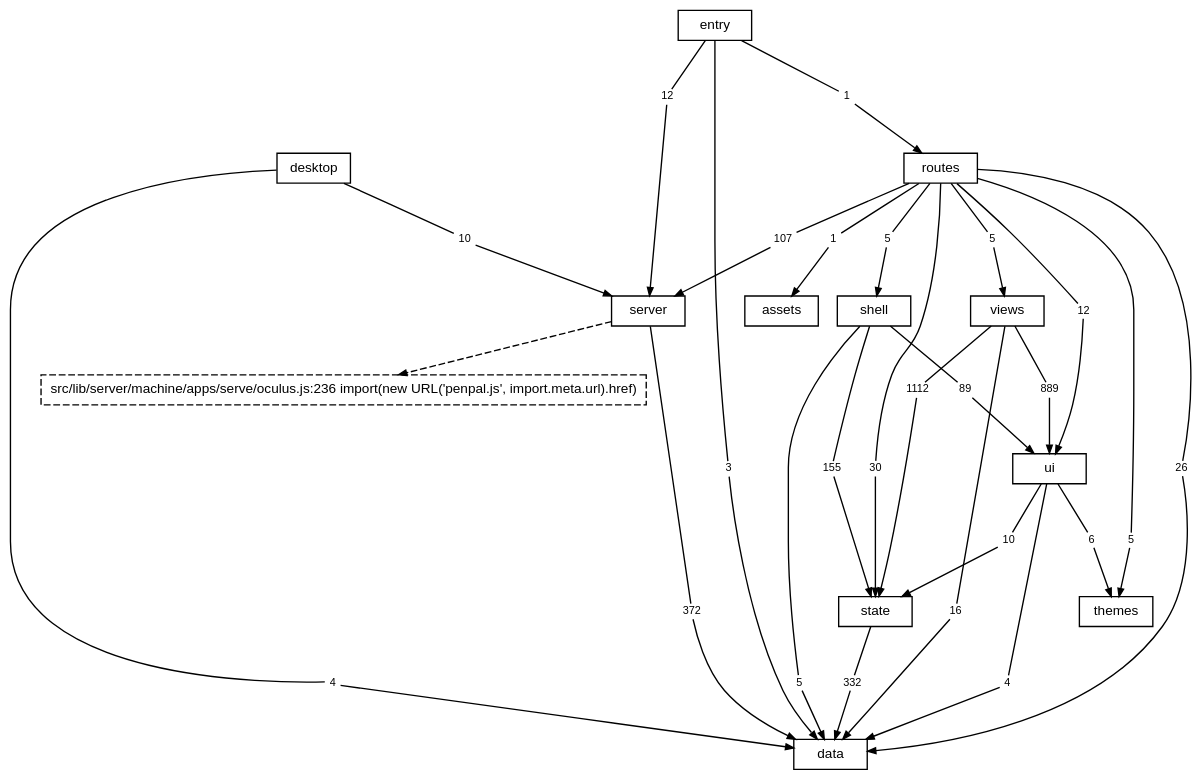
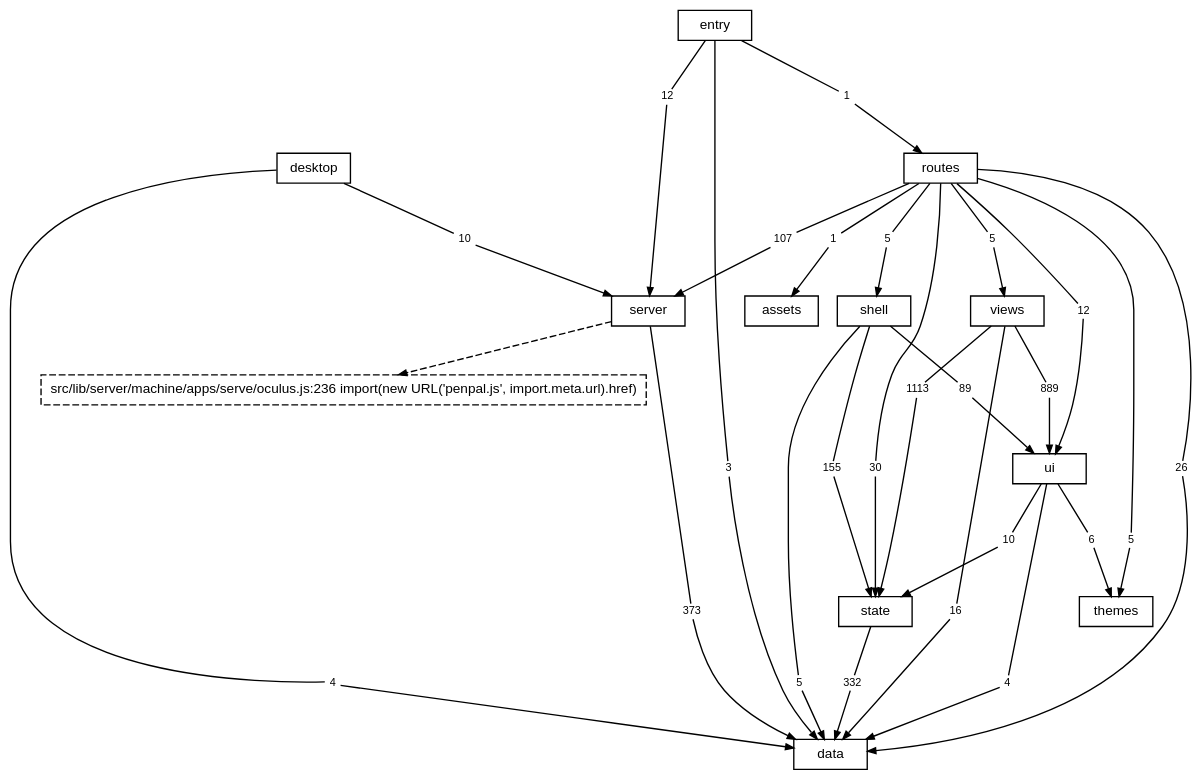
One commit to TheAxeC/oculus changed the diagram in docs/diagrams/layers.dot. Above: the diagram before and after it, drawn with Graphviz. The commit also changed 35 other files, not shown here.

```diff
--- a/docs/diagrams/layers.dot
+++ b/docs/diagrams/layers.dot
@@ -1,90 +1,90 @@
 digraph layers {
     graph [bgcolor="transparent", rankdir=TB, newrank=true, fontname="Helvetica,Arial,sans-serif", fontsize=12, nodesep=0.2, ranksep=0.5];
     node [shape=box, color="black", fontcolor="black", fontname="Helvetica,Arial,sans-serif", fontsize=10, height=0.3, margin="0.12,0.04"];
     edge [color="black", fontcolor="black", fontname="Helvetica,Arial,sans-serif", fontsize=8, arrowsize=0.6];
     "data";
     "server";
     "state";
     "ui";
     "shell";
     "views";
     "themes";
     "routes";
     "desktop";
     "src" [label="entry"];
     "files: assets" [label="assets"];
     "? src/lib/server/machine/apps/serve/oculus.js:236" [label="src/lib/server/machine/apps/serve/oculus.js:236 import(new URL('penpal.js', import.meta.url).href)", style=dashed];
     "desktop to data" [label="4", shape=box, color="transparent", fontsize=8, width=0, height=0, margin="0.04,0.02"];
     "desktop" -> "desktop to data" [arrowhead=none];
     "desktop to data" -> "data" [];
     "desktop to server" [label="10", shape=box, color="transparent", fontsize=8, width=0, height=0, margin="0.04,0.02"];
     "desktop" -> "desktop to server" [arrowhead=none];
     "desktop to server" -> "server" [];
     "routes to data" [label="26", shape=box, color="transparent", fontsize=8, width=0, height=0, margin="0.04,0.02"];
     "routes" -> "routes to data" [arrowhead=none];
     "routes to data" -> "data" [];
     "routes to files: assets" [label="1", shape=box, color="transparent", fontsize=8, width=0, height=0, margin="0.04,0.02"];
     "routes" -> "routes to files: assets" [arrowhead=none];
     "routes to files: assets" -> "files: assets" [];
     "routes to server" [label="107", shape=box, color="transparent", fontsize=8, width=0, height=0, margin="0.04,0.02"];
     "routes" -> "routes to server" [arrowhead=none];
     "routes to server" -> "server" [];
     "routes to shell" [label="5", shape=box, color="transparent", fontsize=8, width=0, height=0, margin="0.04,0.02"];
     "routes" -> "routes to shell" [arrowhead=none];
     "routes to shell" -> "shell" [];
     "routes to state" [label="30", shape=box, color="transparent", fontsize=8, width=0, height=0, margin="0.04,0.02"];
     "routes" -> "routes to state" [arrowhead=none];
     "routes to state" -> "state" [];
     "routes to themes" [label="5", shape=box, color="transparent", fontsize=8, width=0, height=0, margin="0.04,0.02"];
     "routes" -> "routes to themes" [arrowhead=none];
     "routes to themes" -> "themes" [];
     "routes to ui" [label="12", shape=box, color="transparent", fontsize=8, width=0, height=0, margin="0.04,0.02"];
     "routes" -> "routes to ui" [arrowhead=none];
     "routes to ui" -> "ui" [];
     "routes to views" [label="5", shape=box, color="transparent", fontsize=8, width=0, height=0, margin="0.04,0.02"];
     "routes" -> "routes to views" [arrowhead=none];
     "routes to views" -> "views" [];
-    "server to data" [label="372", shape=box, color="transparent", fontsize=8, width=0, height=0, margin="0.04,0.02"];
+    "server to data" [label="373", shape=box, color="transparent", fontsize=8, width=0, height=0, margin="0.04,0.02"];
     "server" -> "server to data" [arrowhead=none];
     "server to data" -> "data" [];
     "shell to data" [label="5", shape=box, color="transparent", fontsize=8, width=0, height=0, margin="0.04,0.02"];
     "shell" -> "shell to data" [arrowhead=none];
     "shell to data" -> "data" [];
     "shell to state" [label="155", shape=box, color="transparent", fontsize=8, width=0, height=0, margin="0.04,0.02"];
     "shell" -> "shell to state" [arrowhead=none];
     "shell to state" -> "state" [];
     "shell to ui" [label="89", shape=box, color="transparent", fontsize=8, width=0, height=0, margin="0.04,0.02"];
     "shell" -> "shell to ui" [arrowhead=none];
     "shell to ui" -> "ui" [];
     "src to data" [label="3", shape=box, color="transparent", fontsize=8, width=0, height=0, margin="0.04,0.02"];
     "src" -> "src to data" [arrowhead=none];
     "src to data" -> "data" [];
     "src to routes" [label="1", shape=box, color="transparent", fontsize=8, width=0, height=0, margin="0.04,0.02"];
     "src" -> "src to routes" [arrowhead=none];
     "src to routes" -> "routes" [];
     "src to server" [label="12", shape=box, color="transparent", fontsize=8, width=0, height=0, margin="0.04,0.02"];
     "src" -> "src to server" [arrowhead=none];
     "src to server" -> "server" [];
     "state to data" [label="332", shape=box, color="transparent", fontsize=8, width=0, height=0, margin="0.04,0.02"];
     "state" -> "state to data" [arrowhead=none];
     "state to data" -> "data" [];
     "ui to data" [label="4", shape=box, color="transparent", fontsize=8, width=0, height=0, margin="0.04,0.02"];
     "ui" -> "ui to data" [arrowhead=none];
     "ui to data" -> "data" [];
     "ui to state" [label="10", shape=box, color="transparent", fontsize=8, width=0, height=0, margin="0.04,0.02"];
     "ui" -> "ui to state" [arrowhead=none];
     "ui to state" -> "state" [];
     "ui to themes" [label="6", shape=box, color="transparent", fontsize=8, width=0, height=0, margin="0.04,0.02"];
     "ui" -> "ui to themes" [arrowhead=none];
     "ui to themes" -> "themes" [];
     "views to data" [label="16", shape=box, color="transparent", fontsize=8, width=0, height=0, margin="0.04,0.02"];
     "views" -> "views to data" [arrowhead=none];
     "views to data" -> "data" [];
-    "views to state" [label="1112", shape=box, color="transparent", fontsize=8, width=0, height=0, margin="0.04,0.02"];
+    "views to state" [label="1113", shape=box, color="transparent", fontsize=8, width=0, height=0, margin="0.04,0.02"];
     "views" -> "views to state" [arrowhead=none];
     "views to state" -> "state" [];
     "views to ui" [label="889", shape=box, color="transparent", fontsize=8, width=0, height=0, margin="0.04,0.02"];
     "views" -> "views to ui" [arrowhead=none];
     "views to ui" -> "ui" [];
     "server" -> "? src/lib/server/machine/apps/serve/oculus.js:236" [style=dashed];
 }
```
